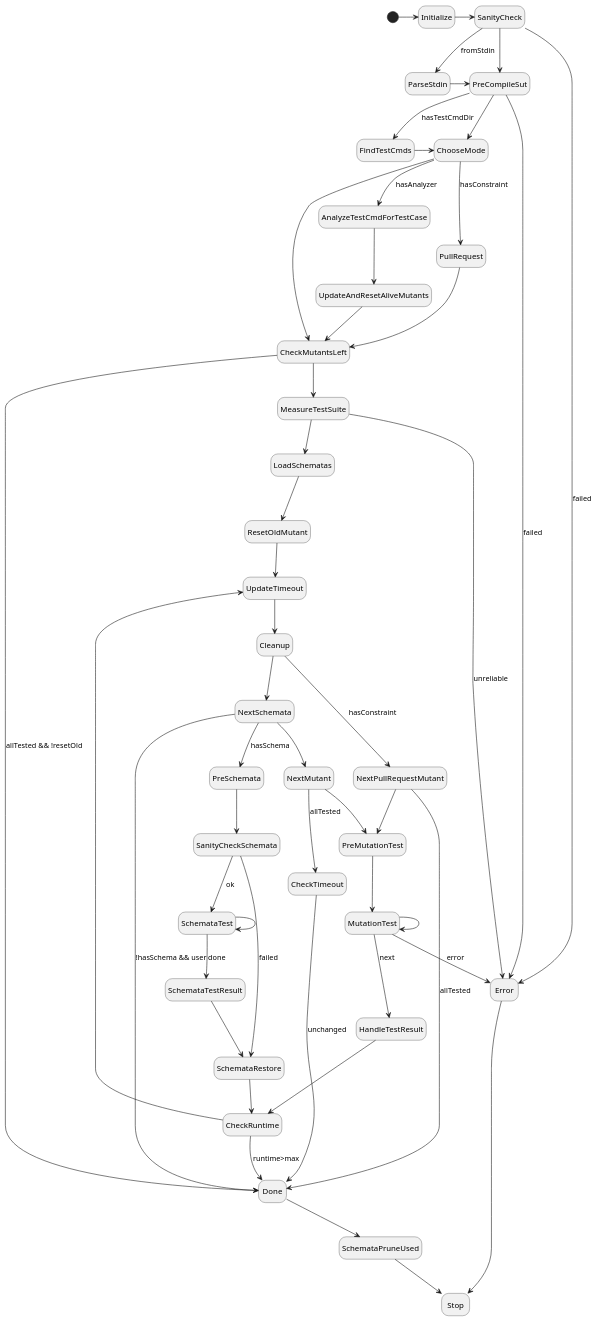
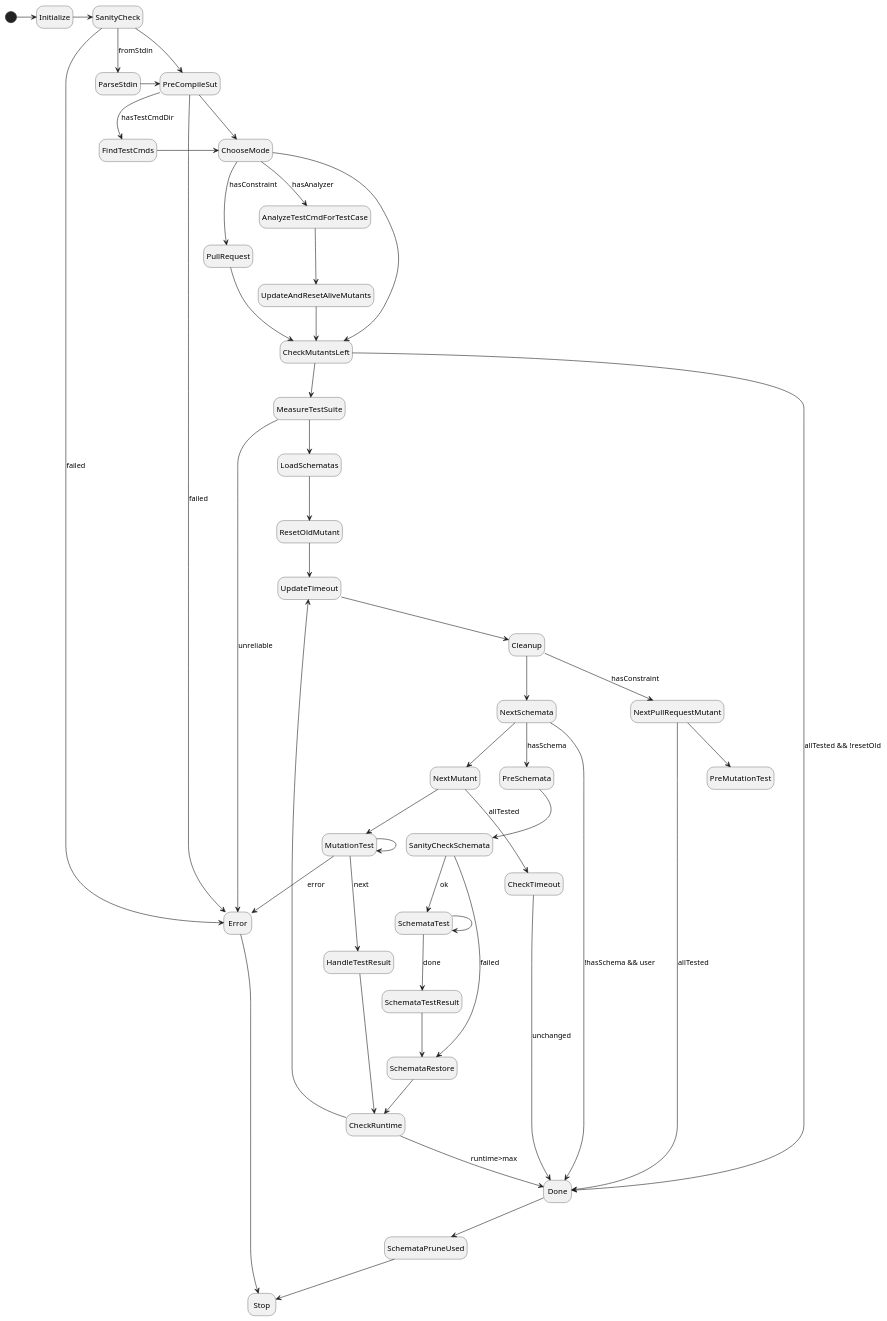
One commit to joakim-brannstrom/dextool changed the diagram in plugin/mutate/doc/design/figures/test_mutant_fsm.pu. Above: the diagram before and after it, drawn with PlantUML. The commit also changed 1 other file, not shown here.

```diff
--- a/plugin/mutate/doc/design/figures/test_mutant_fsm.pu
+++ b/plugin/mutate/doc/design/figures/test_mutant_fsm.pu
@@ -1,77 +1,76 @@
 @startuml
 hide empty description
 
 [*] -> Initialize
 
 Initialize -> SanityCheck
 
 SanityCheck --> Error : failed
 SanityCheck --> ParseStdin : fromStdin
 SanityCheck -> PreCompileSut
 
 ParseStdin -> PreCompileSut
 
 PreCompileSut --> Error : failed
 PreCompileSut --> FindTestCmds : hasTestCmdDir
 PreCompileSut --> ChooseMode
 
 FindTestCmds -> ChooseMode
 
 ChooseMode --> AnalyzeTestCmdForTestCase : hasAnalyzer
 ChooseMode --> PullRequest : hasConstraint
 ChooseMode --> CheckMutantsLeft
 
 PullRequest -> CheckMutantsLeft
 
 AnalyzeTestCmdForTestCase --> UpdateAndResetAliveMutants
 
 UpdateAndResetAliveMutants --> CheckMutantsLeft
 
 UpdateTimeout --> Cleanup
 
 Cleanup --> NextSchemata
 Cleanup --> NextPullRequestMutant : hasConstraint
 
 CheckMutantsLeft --> Done : allTested && !resetOld
 CheckMutantsLeft --> MeasureTestSuite
 
 MeasureTestSuite --> Error : unreliable
 MeasureTestSuite --> LoadSchematas
 
 LoadSchematas --> ResetOldMutant
 
 ResetOldMutant --> UpdateTimeout
 
 CheckRuntime --> UpdateTimeout
 CheckRuntime --> Done : runtime>max
 
 NextPullRequestMutant --> PreMutationTest
 NextPullRequestMutant --> Done : allTested
 
 NextSchemata --> PreSchemata : hasSchema
 NextSchemata --> Done : !hasSchema && user
 NextSchemata --> NextMutant
 PreSchemata --> SanityCheckSchemata
 SanityCheckSchemata --> SchemataRestore : failed
 SanityCheckSchemata --> SchemataTest : ok
 SchemataTest --> SchemataTest
 SchemataTest --> SchemataTestResult : done
 SchemataTestResult --> SchemataRestore
 SchemataRestore --> CheckRuntime
 
 NextMutant --> CheckTimeout : allTested
-NextMutant --> PreMutationTest
-PreMutationTest --> MutationTest
+NextMutant --> MutationTest
 MutationTest --> HandleTestResult : next
 MutationTest --> Error : error
 MutationTest --> MutationTest
 
 HandleTestResult --> CheckRuntime
 
 CheckTimeout --> Done : unchanged
 
 Done --> SchemataPruneUsed
 SchemataPruneUsed --> Stop
 
 Error --> Stop
 @enduml
```
